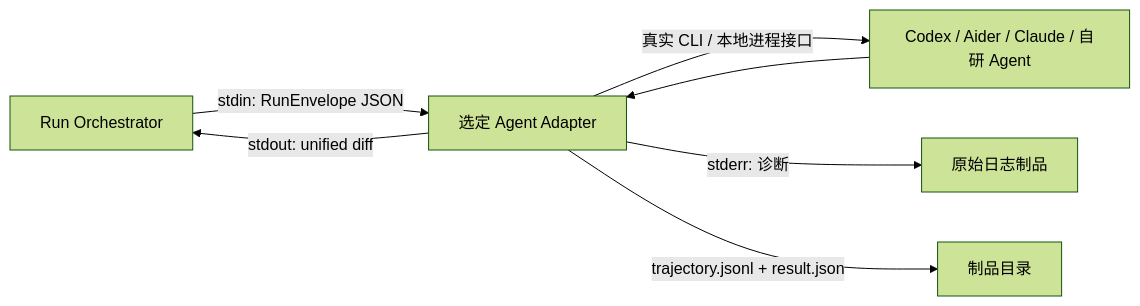
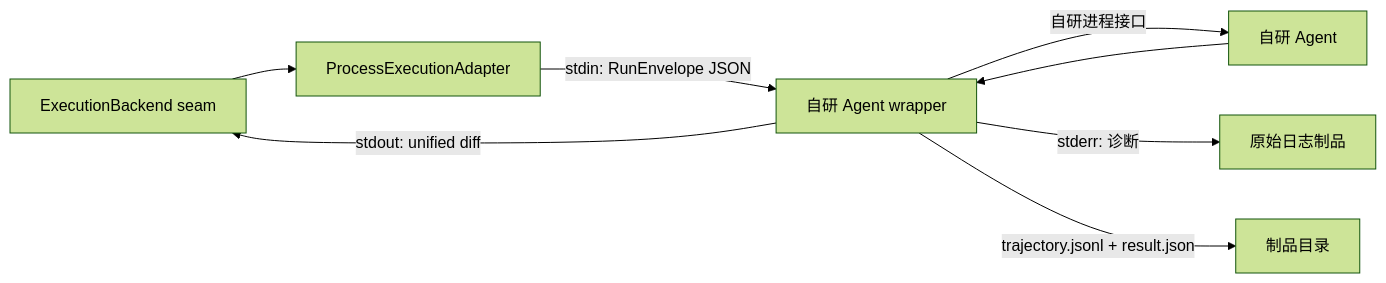
Before and after one commit to anphuchoang5-sys/agent-exam: the first of 2 diagrams in docs/interfaces/RUNNER_PROTOCOL.md, drawn with Mermaid (forest theme). The commit also changed other lines of this file and 14 other files, not shown here.

Commit message:
docs: finalize Harbor execution architecture

````diff
--- a/docs/interfaces/RUNNER_PROTOCOL.md
+++ b/docs/interfaces/RUNNER_PROTOCOL.md
@@ -13,9 +14,10 @@
 ```mermaid
 flowchart LR
-    O[Run Orchestrator] -->|stdin: RunEnvelope JSON| A[选定 Agent Adapter]
-    A -->|真实 CLI / 本地进程接口| G[Codex / Aider / Claude / 自研 Agent]
+    O[ExecutionBackend seam] --> P[ProcessExecutionAdapter]
+    P -->|stdin: RunEnvelope JSON| A[自研 Agent wrapper]
+    A -->|自研进程接口| G[自研 Agent]
     G --> A
     A -->|stdout: unified diff| O
     A -->|stderr: 诊断| LOG[原始日志制品]
     A -->|trajectory.jsonl + result.json| ART[制品目录]
 ```
````
